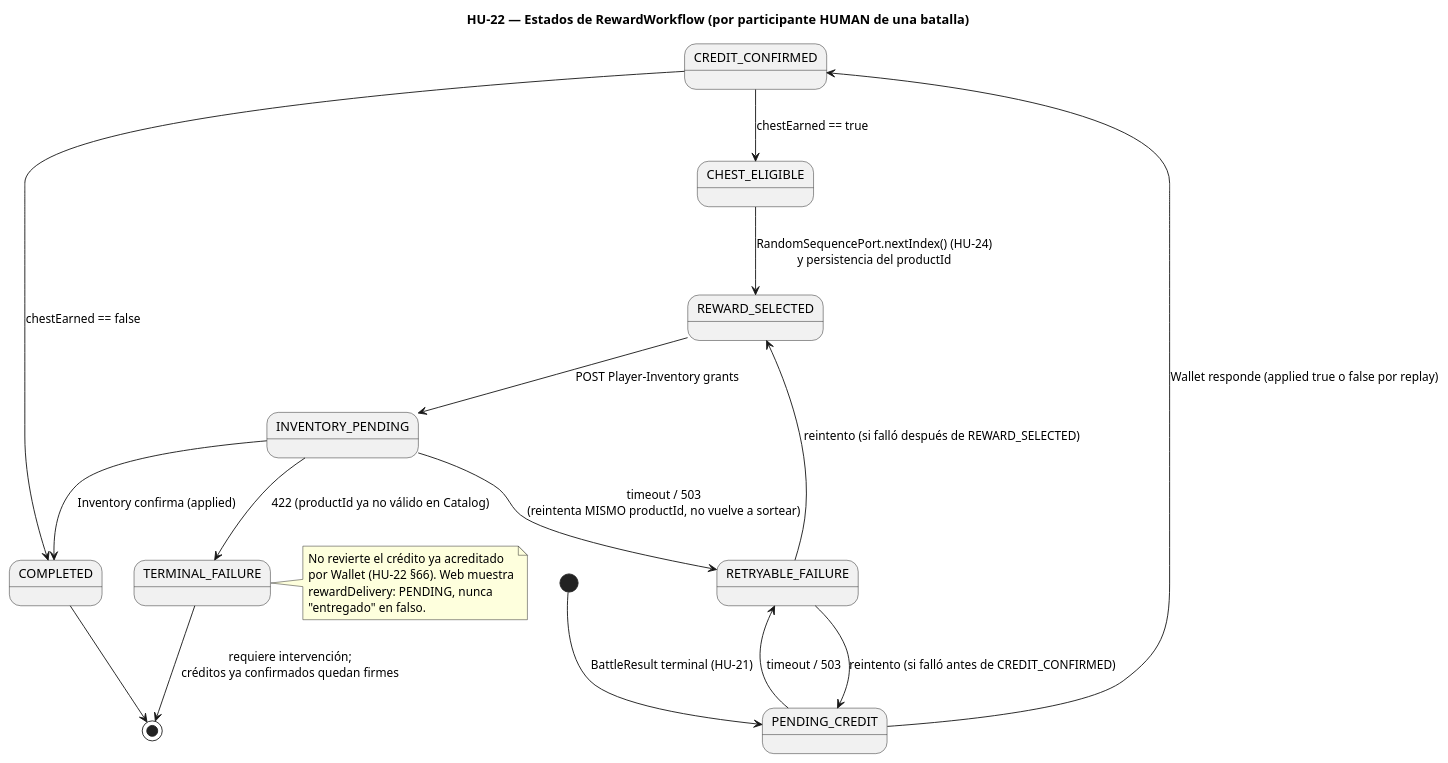
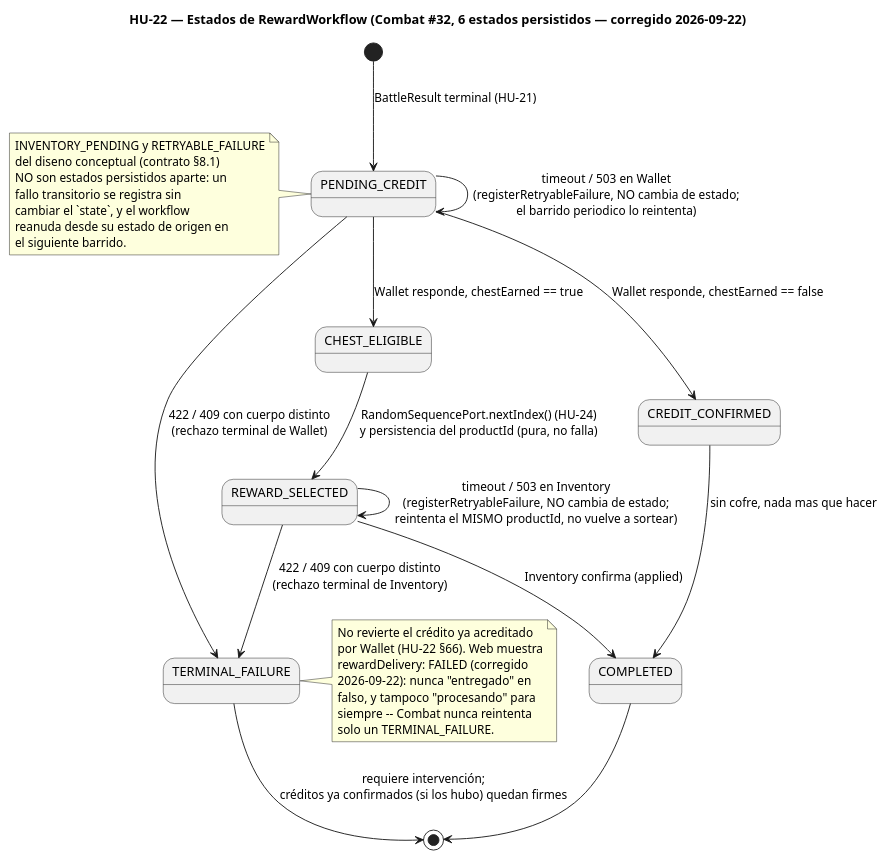
The diagram in docs/diagrams/hu-22-state-reward-workflow.puml (Nexus-Battle-VI/Nexus-Battle-Infrastructure), drawn with PlantUML before and after one commit. The commit also changed 3 other files, not shown here.

First line of the commit message:
docs(HU-22): alinear el contrato con la implementacion real de las 4 Tasks

```diff
--- a/docs/diagrams/hu-22-state-reward-workflow.puml
+++ b/docs/diagrams/hu-22-state-reward-workflow.puml
@@ -1,32 +1,42 @@
 @startuml hu-22-state-reward-workflow
-title HU-22 — Estados de RewardWorkflow (por participante HUMAN de una batalla)
+title HU-22 — Estados de RewardWorkflow (Combat #32, 6 estados persistidos — corregido 2026-09-22)
 
 [*] --> PENDING_CREDIT : BattleResult terminal (HU-21)
 
-PENDING_CREDIT --> CREDIT_CONFIRMED : Wallet responde (applied true o false por replay)
-PENDING_CREDIT --> RETRYABLE_FAILURE : timeout / 503
+PENDING_CREDIT --> PENDING_CREDIT : timeout / 503 en Wallet\n(registerRetryableFailure, NO cambia de estado;\nel barrido periodico lo reintenta)
+PENDING_CREDIT --> CREDIT_CONFIRMED : Wallet responde, chestEarned == false
+PENDING_CREDIT --> CHEST_ELIGIBLE : Wallet responde, chestEarned == true
+PENDING_CREDIT --> TERMINAL_FAILURE : 422 / 409 con cuerpo distinto\n(rechazo terminal de Wallet)
 
-CREDIT_CONFIRMED --> COMPLETED : chestEarned == false
-CREDIT_CONFIRMED --> CHEST_ELIGIBLE : chestEarned == true
+CREDIT_CONFIRMED --> COMPLETED : sin cofre, nada mas que hacer
 
-CHEST_ELIGIBLE --> REWARD_SELECTED : RandomSequencePort.nextIndex() (HU-24)\ny persistencia del productId
+CHEST_ELIGIBLE --> REWARD_SELECTED : RandomSequencePort.nextIndex() (HU-24)\ny persistencia del productId (pura, no falla)
 
-REWARD_SELECTED --> INVENTORY_PENDING : POST Player-Inventory grants
-INVENTORY_PENDING --> COMPLETED : Inventory confirma (applied)
-INVENTORY_PENDING --> RETRYABLE_FAILURE : timeout / 503\n(reintenta MISMO productId, no vuelve a sortear)
-INVENTORY_PENDING --> TERMINAL_FAILURE : 422 (productId ya no válido en Catalog)
-
-RETRYABLE_FAILURE --> PENDING_CREDIT : reintento (si falló antes de CREDIT_CONFIRMED)
-RETRYABLE_FAILURE --> REWARD_SELECTED : reintento (si falló después de REWARD_SELECTED)
+REWARD_SELECTED --> REWARD_SELECTED : timeout / 503 en Inventory\n(registerRetryableFailure, NO cambia de estado;\nreintenta el MISMO productId, no vuelve a sortear)
+REWARD_SELECTED --> COMPLETED : Inventory confirma (applied)
+REWARD_SELECTED --> TERMINAL_FAILURE : 422 / 409 con cuerpo distinto\n(rechazo terminal de Inventory)
 
 COMPLETED --> [*]
-TERMINAL_FAILURE --> [*] : requiere intervención;\ncréditos ya confirmados quedan firmes
+TERMINAL_FAILURE --> [*] : requiere intervención;\ncréditos ya confirmados (si los hubo) quedan firmes
 
 note right of TERMINAL_FAILURE
   No revierte el crédito ya acreditado
   por Wallet (HU-22 §66). Web muestra
-  rewardDelivery: PENDING, nunca
-  "entregado" en falso.
+  rewardDelivery: FAILED (corregido
+  2026-09-22): nunca "entregado" en
+  falso, y tampoco "procesando" para
+  siempre -- Combat nunca reintenta
+  solo un TERMINAL_FAILURE.
+end note
+
+note left of PENDING_CREDIT
+  INVENTORY_PENDING y RETRYABLE_FAILURE
+  del diseno conceptual (contrato §8.1)
+  NO son estados persistidos aparte: un
+  fallo transitorio se registra sin
+  cambiar el `state`, y el workflow
+  reanuda desde su estado de origen en
+  el siguiente barrido.
 end note
 
 @enduml
```
